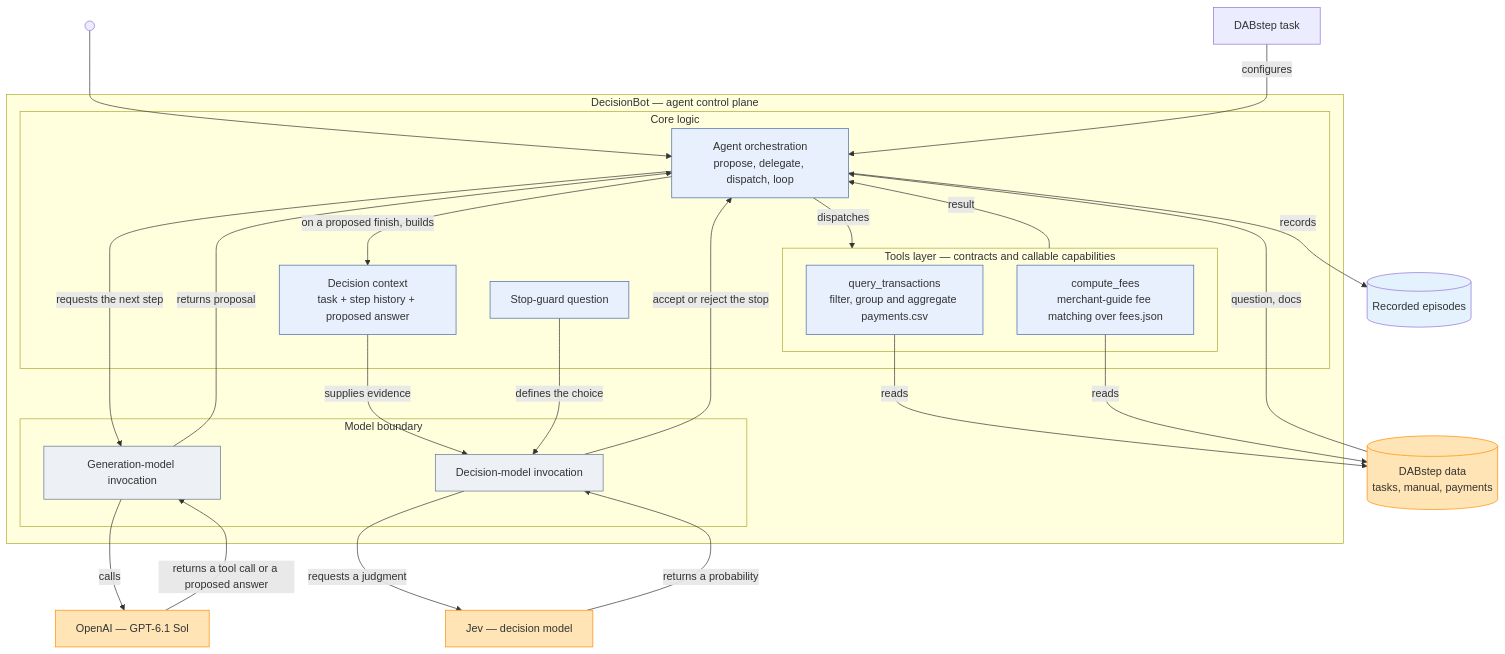
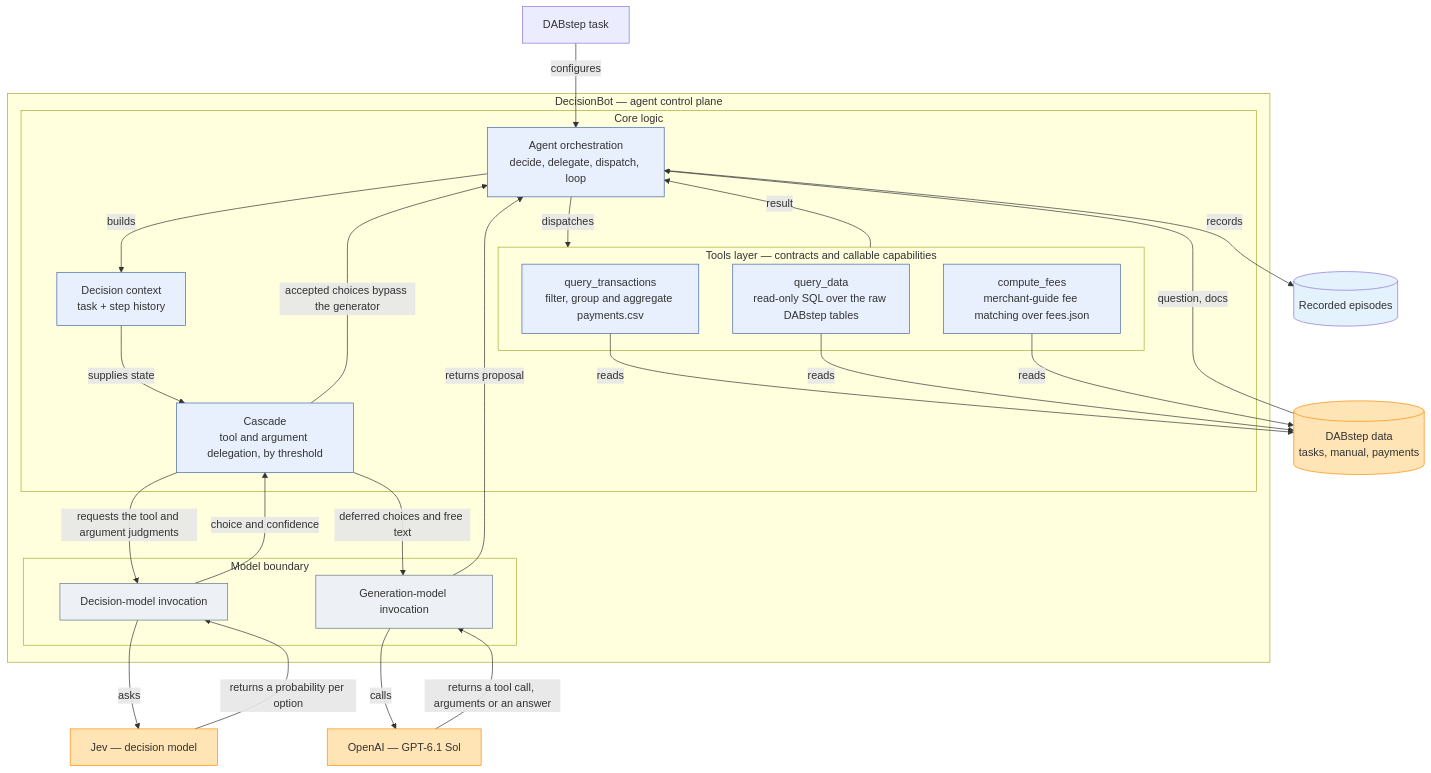
One commit to MaximeBoulat/DecisionBot changed the first of 3 diagrams in README.md. Above: the diagram before and after it, drawn with Mermaid. The commit also changed other lines of this file and 22 other files, not shown here.

````diff
--- a/README.md
+++ b/README.md
@@ -13,49 +13,50 @@
 ```mermaid
 flowchart TB
-    Start@{ shape: start }
     Task["DABstep task"]
     subgraph Plane["DecisionBot — agent control plane"]
         subgraph Core["Core logic"]
-            AgentLoop["Agent orchestration<br/>propose, delegate, dispatch, loop"]
-            Context["Decision context<br/>task + step history + proposed answer"]
-            StopQ["Stop-guard question"]
+            AgentLoop["Agent orchestration<br/>decide, delegate, dispatch, loop"]
+            Context["Decision context<br/>task + step history"]
+            Cascade["Cascade<br/>tool and argument delegation, by threshold"]
             subgraph Tools["Tools layer — contracts and callable capabilities"]
                 QueryTool["query_transactions<br/>filter, group and aggregate payments.csv"]
+                SqlTool["query_data<br/>read-only SQL over the raw DABstep tables"]
                 FeesTool["compute_fees<br/>merchant-guide fee matching over fees.json"]
             end
         end
         subgraph Boundary["Model boundary"]
             GenAPI["Generation-model invocation"]
             DecisionAPI["Decision-model invocation"]
         end
     end
     OpenAI["OpenAI — GPT-6.1 Sol"]
     Jev["Jev — decision model"]
     Data[("DABstep data<br/>tasks, manual, payments")]
     Results[("Recorded episodes")]
-    Start --> AgentLoop
     Task -->|"configures"| AgentLoop
     Data -->|"question, docs"| AgentLoop
-    AgentLoop -->|"requests the next step"| GenAPI
+    AgentLoop -->|"builds"| Context
+    Context -->|"supplies state"| Cascade
+    Cascade -->|"requests the tool and argument judgments"| DecisionAPI
+    DecisionAPI -->|"asks"| Jev
+    Jev -->|"returns a probability per option"| DecisionAPI
+    DecisionAPI -->|"choice and confidence"| Cascade
+    Cascade -->|"accepted choices bypass the generator"| AgentLoop
+    Cascade -->|"deferred choices and free text"| GenAPI
     GenAPI -->|"calls"| OpenAI
-    OpenAI -->|"returns a tool call or a proposed answer"| GenAPI
+    OpenAI -->|"returns a tool call, arguments or an answer"| GenAPI
     GenAPI -->|"returns proposal"| AgentLoop
     AgentLoop -->|"dispatches"| Tools
     QueryTool -->|"reads"| Data
+    SqlTool -->|"reads"| Data
     FeesTool -->|"reads"| Data
     Tools -->|"result"| AgentLoop
-    AgentLoop -->|"on a proposed finish, builds"| Context
-    Context -->|"supplies evidence"| DecisionAPI
-    StopQ -->|"defines the choice"| DecisionAPI
-    DecisionAPI -->|"requests a judgment"| Jev
-    Jev -->|"returns a probability"| DecisionAPI
-    DecisionAPI -->|"accept or reject the stop"| AgentLoop
     AgentLoop -->|"records"| Results
     classDef core fill:#e8f0fe,stroke:#4267a9
     classDef boundary fill:#edf0f4,stroke:#63758a
     classDef external fill:#FFE4B5,stroke:#FF8C00
-    class AgentLoop,Context,StopQ,QueryTool,FeesTool core
+    class AgentLoop,Context,Cascade,QueryTool,SqlTool,FeesTool core
     class GenAPI,DecisionAPI boundary
     class OpenAI,Jev,Data external
     style Results fill:#E3F2FD
 ```
````
